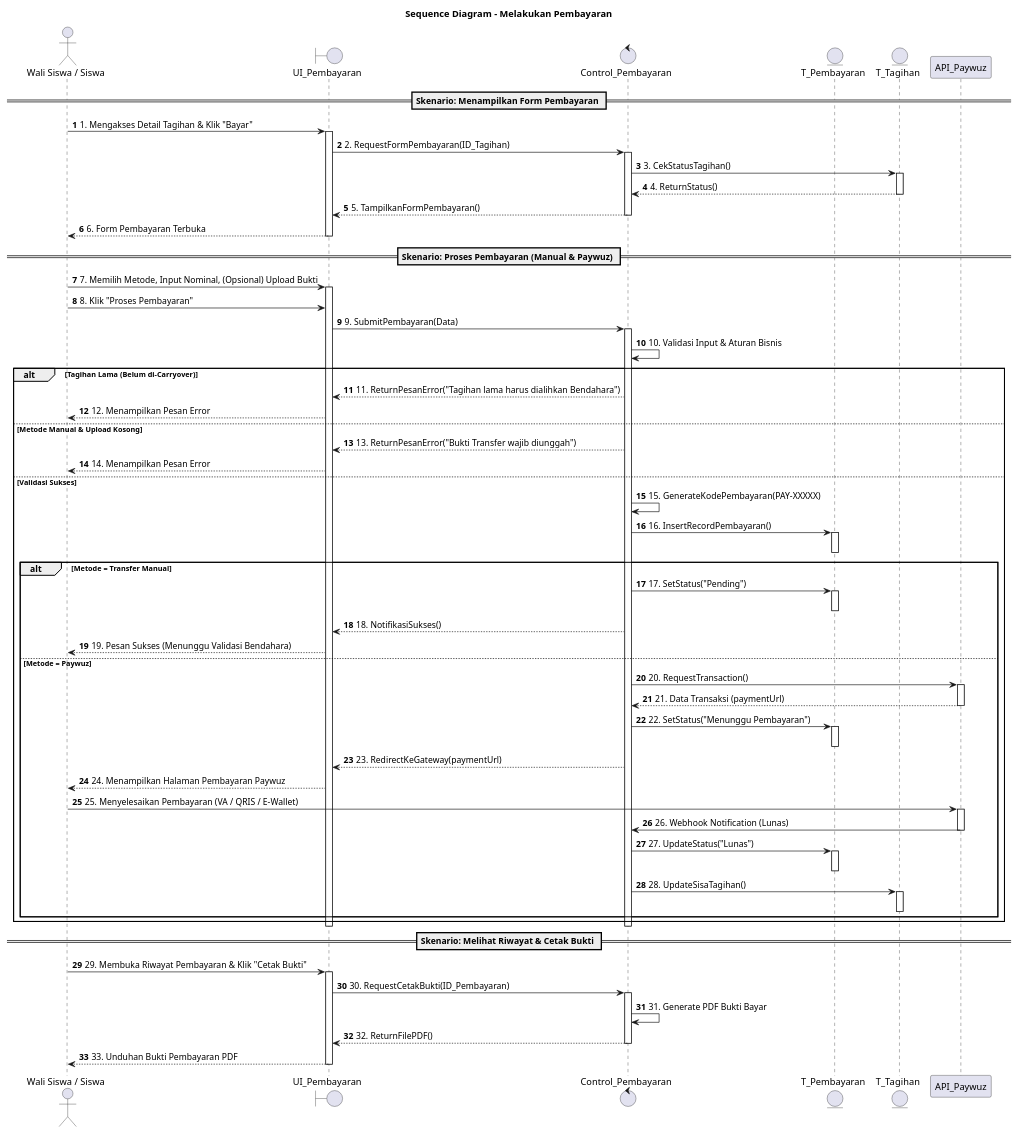
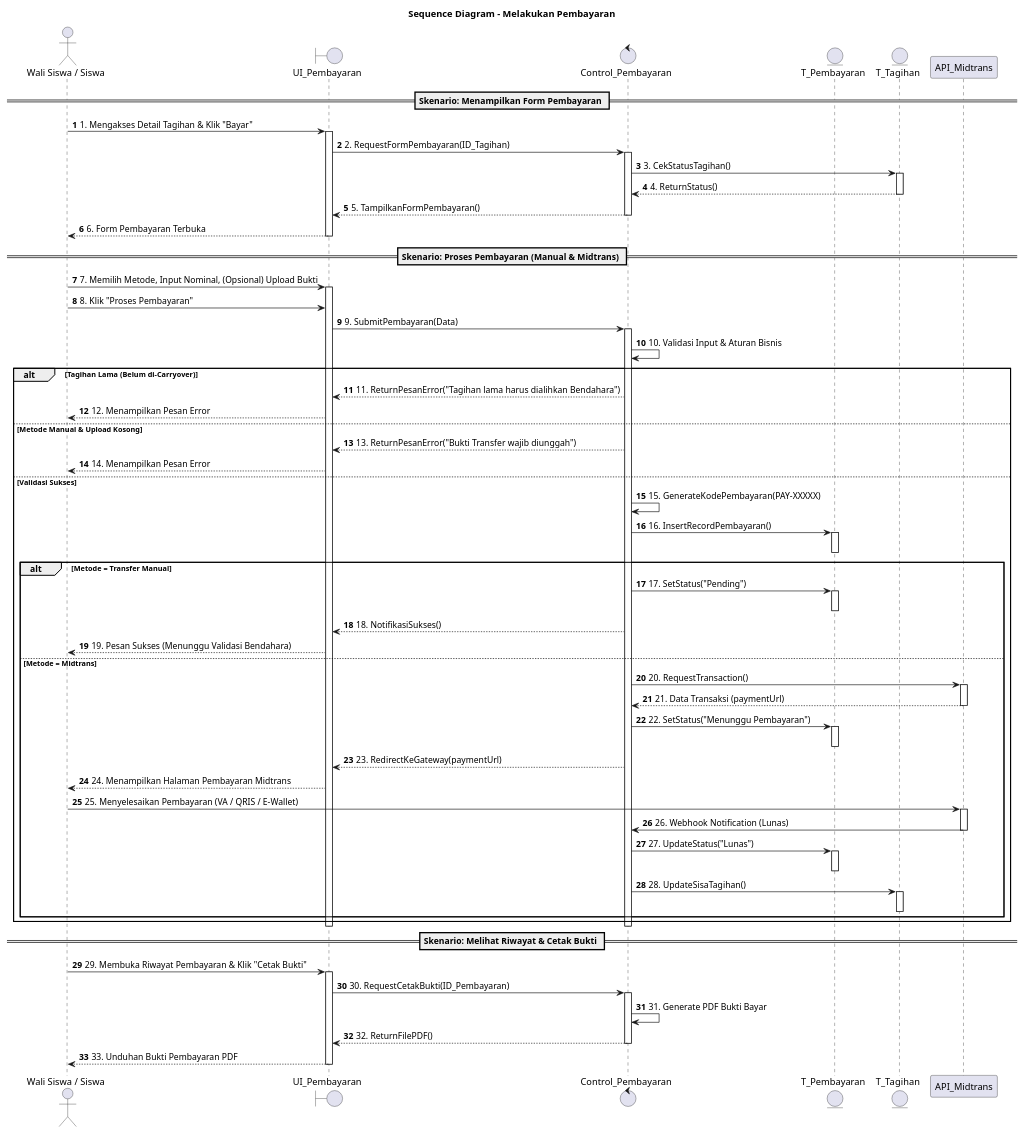
One commit to shendelzare7sw/sipaduhok changed the diagram in docs/flow/Seq/sequence-melakukan-pembayaran.puml. Above: the diagram before and after it, drawn with PlantUML. The commit also changed 46 other files, not shown here.

First line of the commit message:
feat(payment): replace Paywuz with Midtrans Snap gateway

```diff
--- a/docs/flow/Seq/sequence-melakukan-pembayaran.puml
+++ b/docs/flow/Seq/sequence-melakukan-pembayaran.puml
@@ -1,91 +1,91 @@
 @startuml
 title Sequence Diagram - Melakukan Pembayaran
 autonumber
 
 actor "Wali Siswa / Siswa" as Pengguna
 boundary "UI_Pembayaran" as UI
 control "Control_Pembayaran" as Control
 entity "T_Pembayaran" as E_Pembayaran
 entity "T_Tagihan" as E_Tagihan
-participant "API_Paywuz" as Paywuz
+participant "API_Midtrans" as Midtrans
 
 == Skenario: Menampilkan Form Pembayaran ==
 Pengguna -> UI : 1. Mengakses Detail Tagihan & Klik "Bayar"
 activate UI
 UI -> Control : 2. RequestFormPembayaran(ID_Tagihan)
 activate Control
 Control -> E_Tagihan : 3. CekStatusTagihan()
 activate E_Tagihan
 E_Tagihan --> Control : 4. ReturnStatus()
 deactivate E_Tagihan
 Control --> UI : 5. TampilkanFormPembayaran()
 deactivate Control
 UI --> Pengguna : 6. Form Pembayaran Terbuka
 deactivate UI
 
-== Skenario: Proses Pembayaran (Manual & Paywuz) ==
+== Skenario: Proses Pembayaran (Manual & Midtrans) ==
 Pengguna -> UI : 7. Memilih Metode, Input Nominal, (Opsional) Upload Bukti
 activate UI
 Pengguna -> UI : 8. Klik "Proses Pembayaran"
 UI -> Control : 9. SubmitPembayaran(Data)
 activate Control
 
 Control -> Control : 10. Validasi Input & Aturan Bisnis
 alt Tagihan Lama (Belum di-Carryover)
     Control --> UI : 11. ReturnPesanError("Tagihan lama harus dialihkan Bendahara")
     UI --> Pengguna : 12. Menampilkan Pesan Error
 else Metode Manual & Upload Kosong
     Control --> UI : 13. ReturnPesanError("Bukti Transfer wajib diunggah")
     UI --> Pengguna : 14. Menampilkan Pesan Error
 else Validasi Sukses
     Control -> Control : 15. GenerateKodePembayaran(PAY-XXXXX)
     Control -> E_Pembayaran : 16. InsertRecordPembayaran()
     activate E_Pembayaran
     deactivate E_Pembayaran
 
     alt Metode = Transfer Manual
         Control -> E_Pembayaran : 17. SetStatus("Pending")
         activate E_Pembayaran
         deactivate E_Pembayaran
         Control --> UI : 18. NotifikasiSukses()
         UI --> Pengguna : 19. Pesan Sukses (Menunggu Validasi Bendahara)
-    else Metode = Paywuz
-        Control -> Paywuz : 20. RequestTransaction()
-        activate Paywuz
-        Paywuz --> Control : 21. Data Transaksi (paymentUrl)
-        deactivate Paywuz
+    else Metode = Midtrans
+        Control -> Midtrans : 20. RequestTransaction()
+        activate Midtrans
+        Midtrans --> Control : 21. Data Transaksi (paymentUrl)
+        deactivate Midtrans
 
         Control -> E_Pembayaran : 22. SetStatus("Menunggu Pembayaran")
         activate E_Pembayaran
         deactivate E_Pembayaran
 
         Control --> UI : 23. RedirectKeGateway(paymentUrl)
-        UI --> Pengguna : 24. Menampilkan Halaman Pembayaran Paywuz
-        Pengguna -> Paywuz : 25. Menyelesaikan Pembayaran (VA / QRIS / E-Wallet)
-        activate Paywuz
-        Paywuz -> Control : 26. Webhook Notification (Lunas)
-        deactivate Paywuz
+        UI --> Pengguna : 24. Menampilkan Halaman Pembayaran Midtrans
+        Pengguna -> Midtrans : 25. Menyelesaikan Pembayaran (VA / QRIS / E-Wallet)
+        activate Midtrans
+        Midtrans -> Control : 26. Webhook Notification (Lunas)
+        deactivate Midtrans
 
         Control -> E_Pembayaran : 27. UpdateStatus("Lunas")
         activate E_Pembayaran
         deactivate E_Pembayaran
         Control -> E_Tagihan : 28. UpdateSisaTagihan()
         activate E_Tagihan
         deactivate E_Tagihan
     end
 end
 deactivate Control
 deactivate UI
 
 == Skenario: Melihat Riwayat & Cetak Bukti ==
 Pengguna -> UI : 29. Membuka Riwayat Pembayaran & Klik "Cetak Bukti"
 activate UI
 UI -> Control : 30. RequestCetakBukti(ID_Pembayaran)
 activate Control
 Control -> Control : 31. Generate PDF Bukti Bayar
 Control --> UI : 32. ReturnFilePDF()
 deactivate Control
 UI --> Pengguna : 33. Unduhan Bukti Pembayaran PDF
 deactivate UI
 
 @enduml
```
